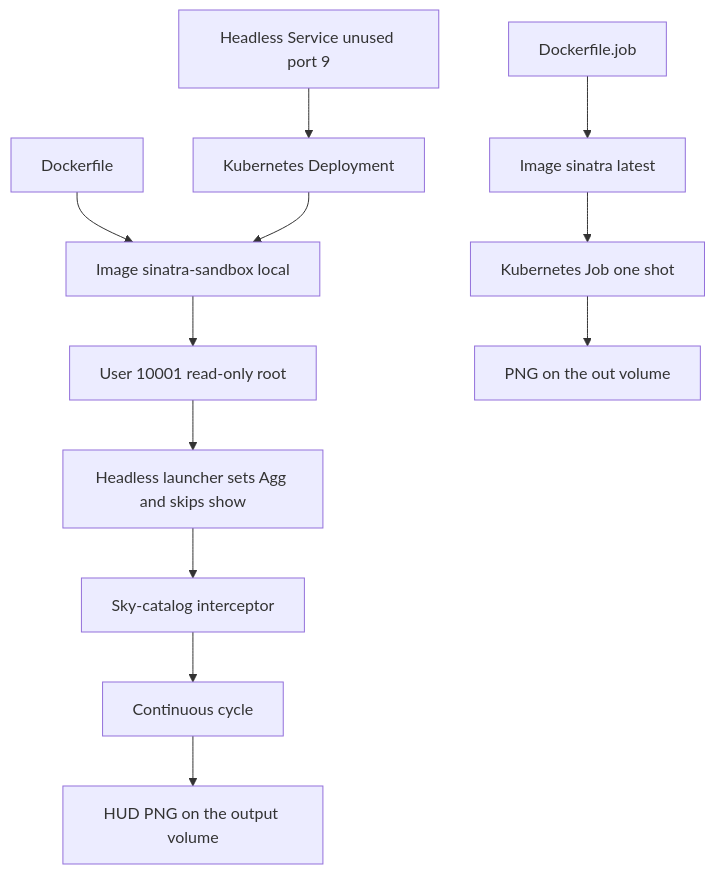
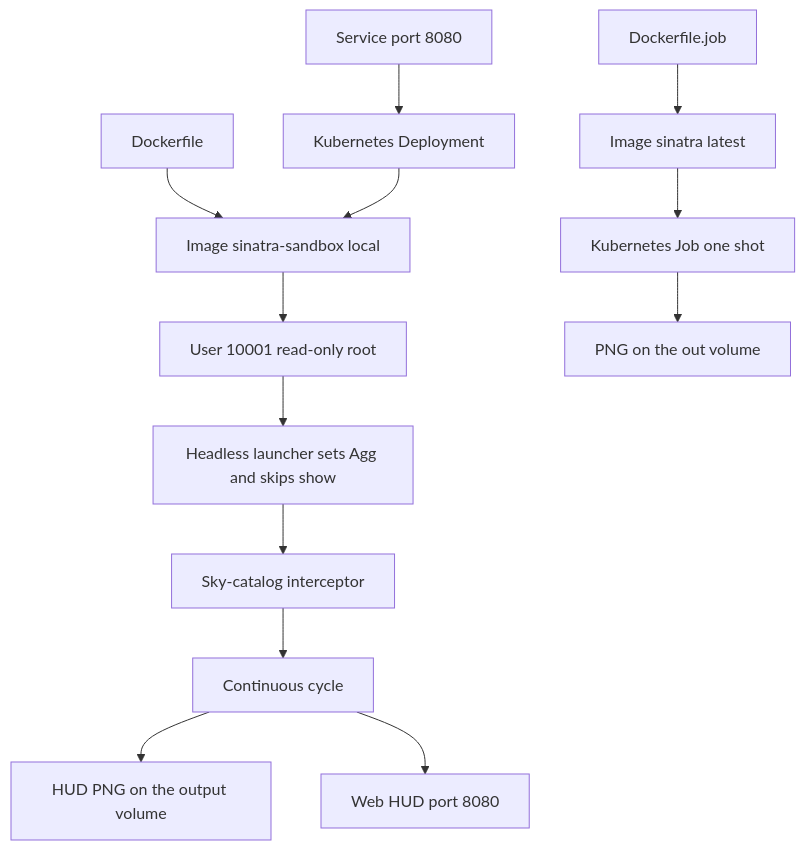
The second of 3 diagrams in README.md (code4johnm/sinatra_audit), drawn with Mermaid before and after one commit. The commit also changed other lines of this file and 10 other files, not shown here.

Commit message:
Add a web HUD on the same live interceptor loop.

````diff
--- a/README.md
+++ b/README.md
@@ -101,28 +109,30 @@
 ```mermaid
 graph TD
   docker[Dockerfile]
   image[Image sinatra-sandbox local]
   user[User 10001 read-only root]
   launch[Headless launcher sets Agg and skips show]
   script[Sky-catalog interceptor]
   loop[Continuous cycle]
   png[HUD PNG on the output volume]
+  web[Web HUD port 8080]
   dep[Kubernetes Deployment]
-  svc[Headless Service unused port 9]
+  svc[Service port 8080]
   jobfile[Dockerfile.job]
   jobimg[Image sinatra latest]
   job[Kubernetes Job one shot]
   outvol[PNG on the out volume]
 
   docker --> image
   image --> user
   user --> launch
   launch --> script
   script --> loop
   loop --> png
+  loop --> web
   dep --> image
   svc --> dep
   jobfile --> jobimg
   jobimg --> job
   job --> outvol
 ```
````
